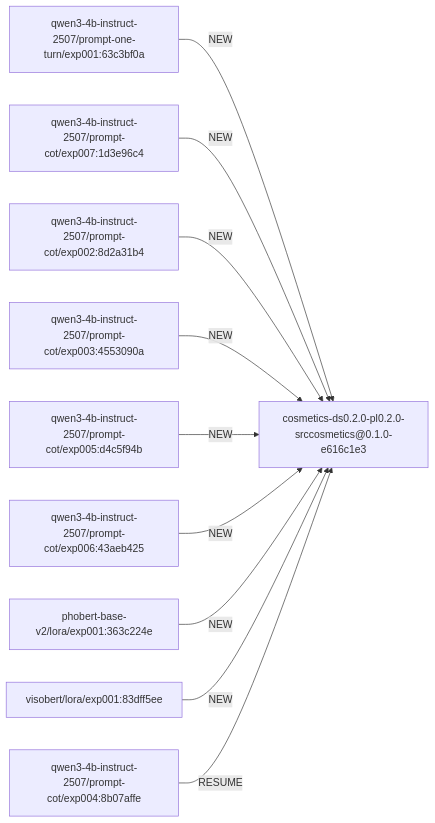
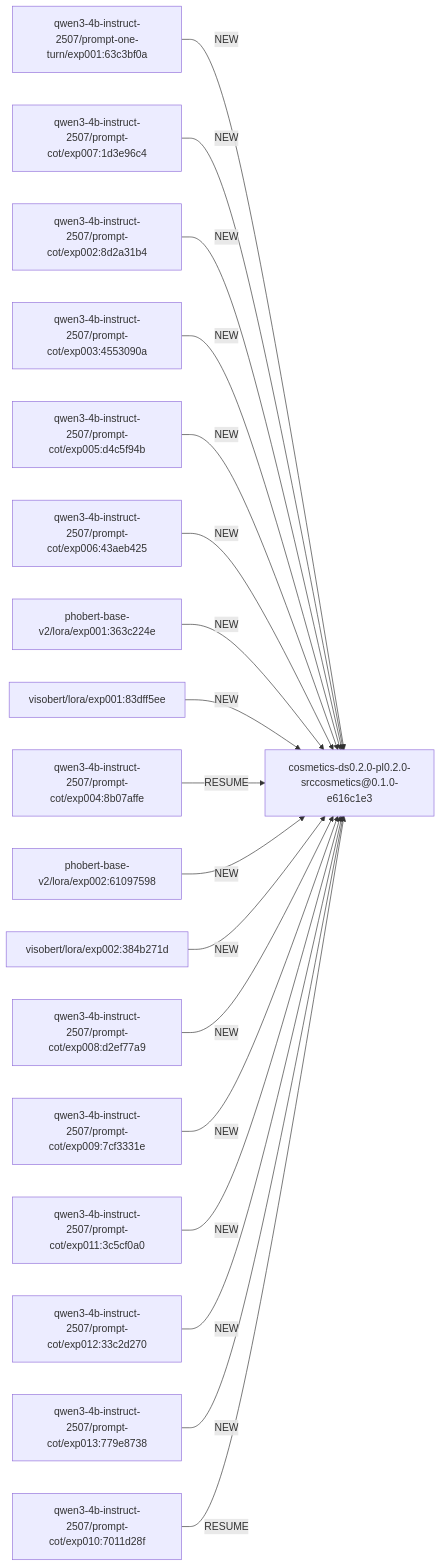
The diagram in data/reports/experiment_registry/experiment_registry.md (TrieuKhac-dev/SentimentX), drawn with Mermaid before and after one commit. The commit also changed 10 other files, not shown here.

````diff
--- a/data/reports/experiment_registry/experiment_registry.md
+++ b/data/reports/experiment_registry/experiment_registry.md
@@ -3,22 +3,38 @@
 ```mermaid
 graph LR
   n1["qwen3-4b-instruct-2507/prompt-one-turn/exp001:63c3bf0a"]
   n2["cosmetics-ds0.2.0-pl0.2.0-srccosmetics@0.1.0-e616c1e3"]
   n3["qwen3-4b-instruct-2507/prompt-cot/exp007:1d3e96c4"]
   n4["qwen3-4b-instruct-2507/prompt-cot/exp002:8d2a31b4"]
   n5["qwen3-4b-instruct-2507/prompt-cot/exp003:4553090a"]
   n6["qwen3-4b-instruct-2507/prompt-cot/exp005:d4c5f94b"]
   n7["qwen3-4b-instruct-2507/prompt-cot/exp006:43aeb425"]
   n8["phobert-base-v2/lora/exp001:363c224e"]
   n9["visobert/lora/exp001:83dff5ee"]
   n10["qwen3-4b-instruct-2507/prompt-cot/exp004:8b07affe"]
+  n11["phobert-base-v2/lora/exp002:61097598"]
+  n12["visobert/lora/exp002:384b271d"]
+  n13["qwen3-4b-instruct-2507/prompt-cot/exp008:d2ef77a9"]
+  n14["qwen3-4b-instruct-2507/prompt-cot/exp009:7cf3331e"]
+  n15["qwen3-4b-instruct-2507/prompt-cot/exp011:3c5cf0a0"]
+  n16["qwen3-4b-instruct-2507/prompt-cot/exp012:33c2d270"]
+  n17["qwen3-4b-instruct-2507/prompt-cot/exp013:779e8738"]
+  n18["qwen3-4b-instruct-2507/prompt-cot/exp010:7011d28f"]
   n1 -->|NEW| n2
   n3 -->|NEW| n2
   n4 -->|NEW| n2
   n5 -->|NEW| n2
   n6 -->|NEW| n2
   n7 -->|NEW| n2
   n8 -->|NEW| n2
   n9 -->|NEW| n2
   n10 -->|RESUME| n2
+  n11 -->|NEW| n2
+  n12 -->|NEW| n2
+  n13 -->|NEW| n2
+  n14 -->|NEW| n2
+  n15 -->|NEW| n2
+  n16 -->|NEW| n2
+  n17 -->|NEW| n2
+  n18 -->|RESUME| n2
 ```
````
